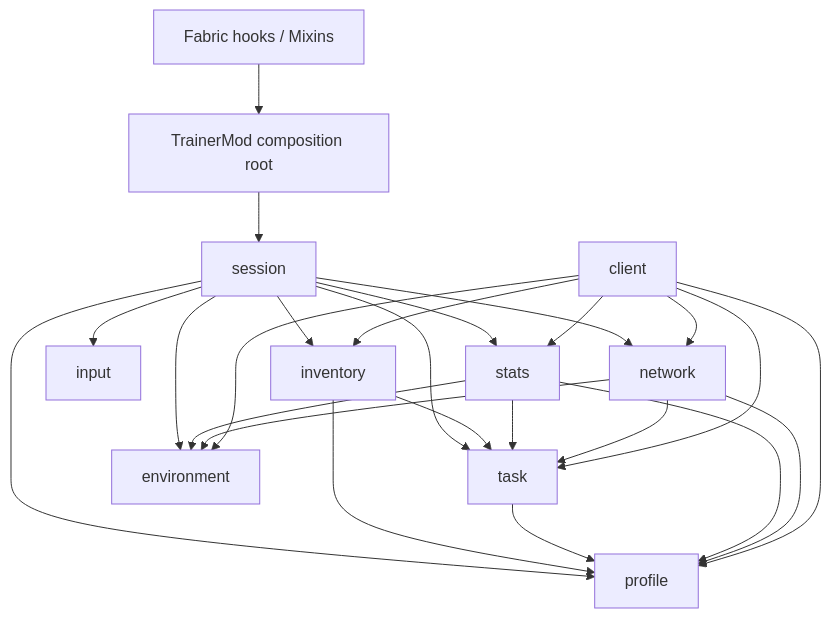
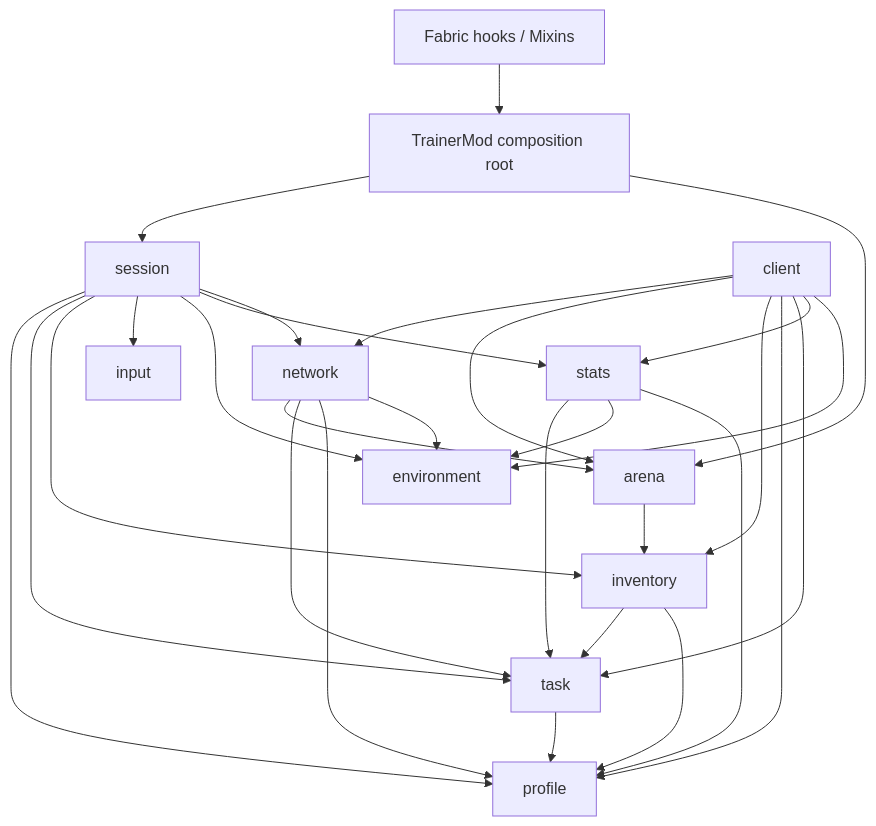
One commit to giltram/minecraft_swapping_practice changed the diagram in docs/architecture.md. Above: the diagram before and after it, drawn with Mermaid. The commit also changed other lines of this file and 62 other files, not shown here.

````diff
--- a/docs/architecture.md
+++ b/docs/architecture.md
@@ -55,27 +56,31 @@
 ```mermaid
 flowchart TD
   Hooks[Fabric hooks / Mixins] --> Root[TrainerMod composition root]
   Root --> Sessions[session]
+  Root --> Arena[arena]
+  Arena --> Inventory[inventory]
   Sessions --> Profiles[profile]
   Sessions --> Tasks[task]
   Sessions --> Inventory[inventory]
   Sessions --> Input[input]
   Sessions --> Environment[environment]
   Sessions --> Stats[stats]
   Sessions --> Network[network]
   Inventory --> Tasks
   Inventory --> Profiles
   Tasks --> Profiles
   Stats --> Tasks
   Stats --> Environment
   Stats --> Profiles
+  Network --> Arena
   Network --> Tasks
   Network --> Profiles
   Network --> Environment
   Client[client] --> Network
+  Client --> Arena
   Client --> Inventory
   Client --> Profiles
   Client --> Tasks
   Client --> Stats
   Client --> Environment
 ```
````
